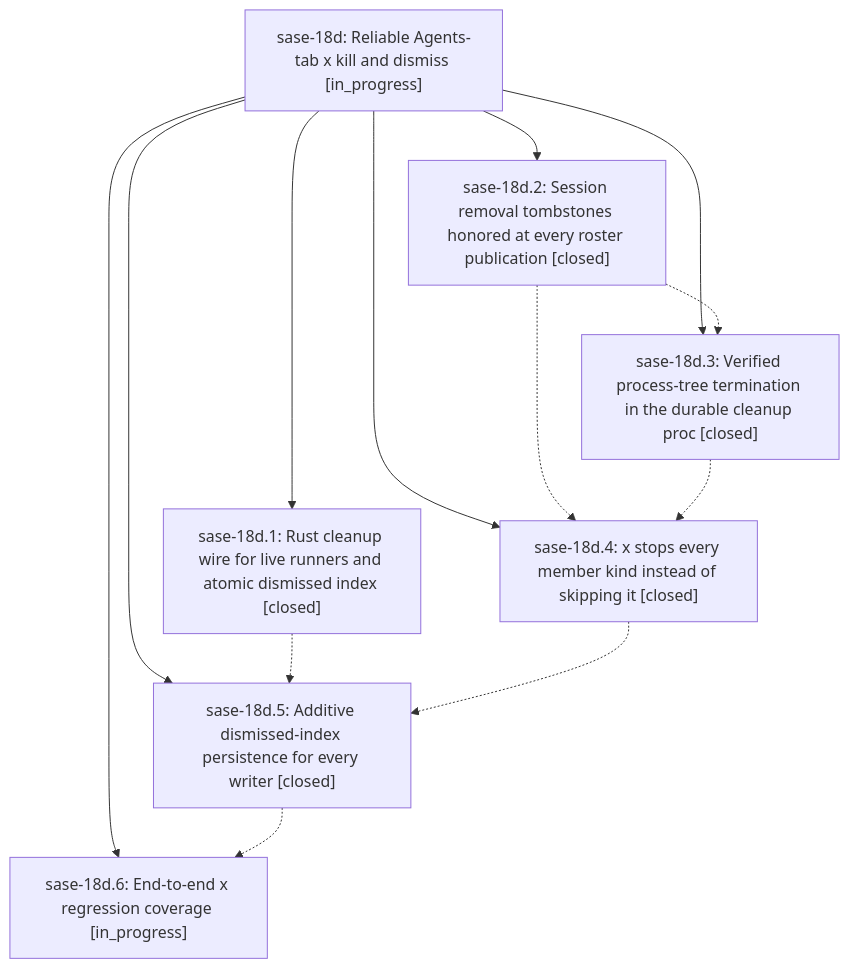
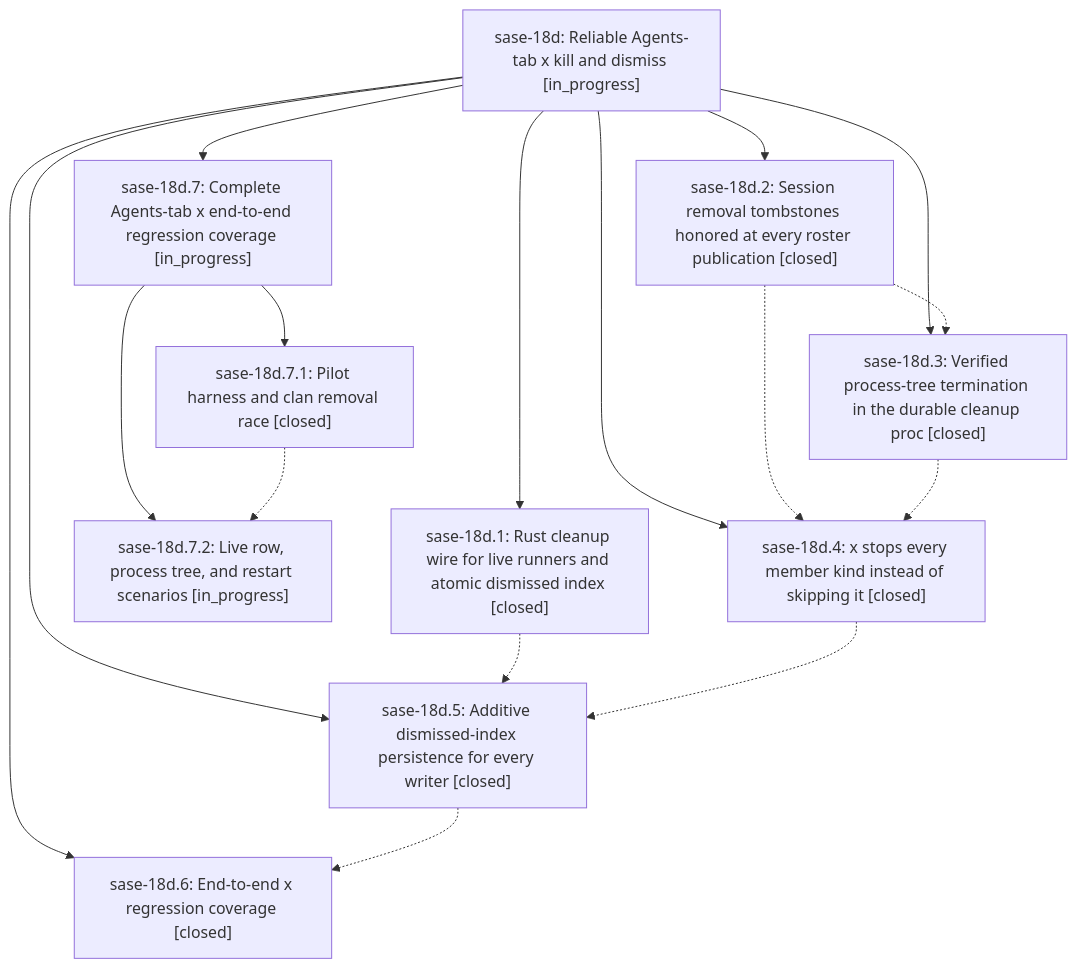
The diagram in pages/sase-18d/README.md (sase-org/sase--beads), drawn with Mermaid before and after one commit. The commit also changed other lines of this file and 5 other files, not shown here.

````diff
--- a/pages/sase-18d/README.md
+++ b/pages/sase-18d/README.md
@@ -31,22 +33,29 @@
 ```mermaid
 flowchart TD
     n0["sase-18d: Reliable Agents-tab x kill and dismiss [in_progress]"]
     n1["sase-18d.1: Rust cleanup wire for live runners and atomic dismissed index [closed]"]
     n2["sase-18d.2: Session removal tombstones honored at every roster publication [closed]"]
     n3["sase-18d.3: Verified process-tree termination in the durable cleanup proc [closed]"]
     n4["sase-18d.4: x stops every member kind instead of skipping it [closed]"]
     n5["sase-18d.5: Additive dismissed-index persistence for every writer [closed]"]
-    n6["sase-18d.6: End-to-end x regression coverage [in_progress]"]
+    n6["sase-18d.6: End-to-end x regression coverage [closed]"]
+    n7["sase-18d.7: Complete Agents-tab x end-to-end regression coverage [in_progress]"]
+    n8["sase-18d.7.1: Pilot harness and clan removal race [closed]"]
+    n9["sase-18d.7.2: Live row, process tree, and restart scenarios [in_progress]"]
     n0 --> n1
     n0 --> n2
     n0 --> n3
     n0 --> n4
     n0 --> n5
     n0 --> n6
+    n0 --> n7
+    n7 --> n8
+    n7 --> n9
     n1 -.-> n5
     n2 -.-> n3
     n2 -.-> n4
     n3 -.-> n4
     n4 -.-> n5
     n5 -.-> n6
+    n8 -.-> n9
 ```
````
